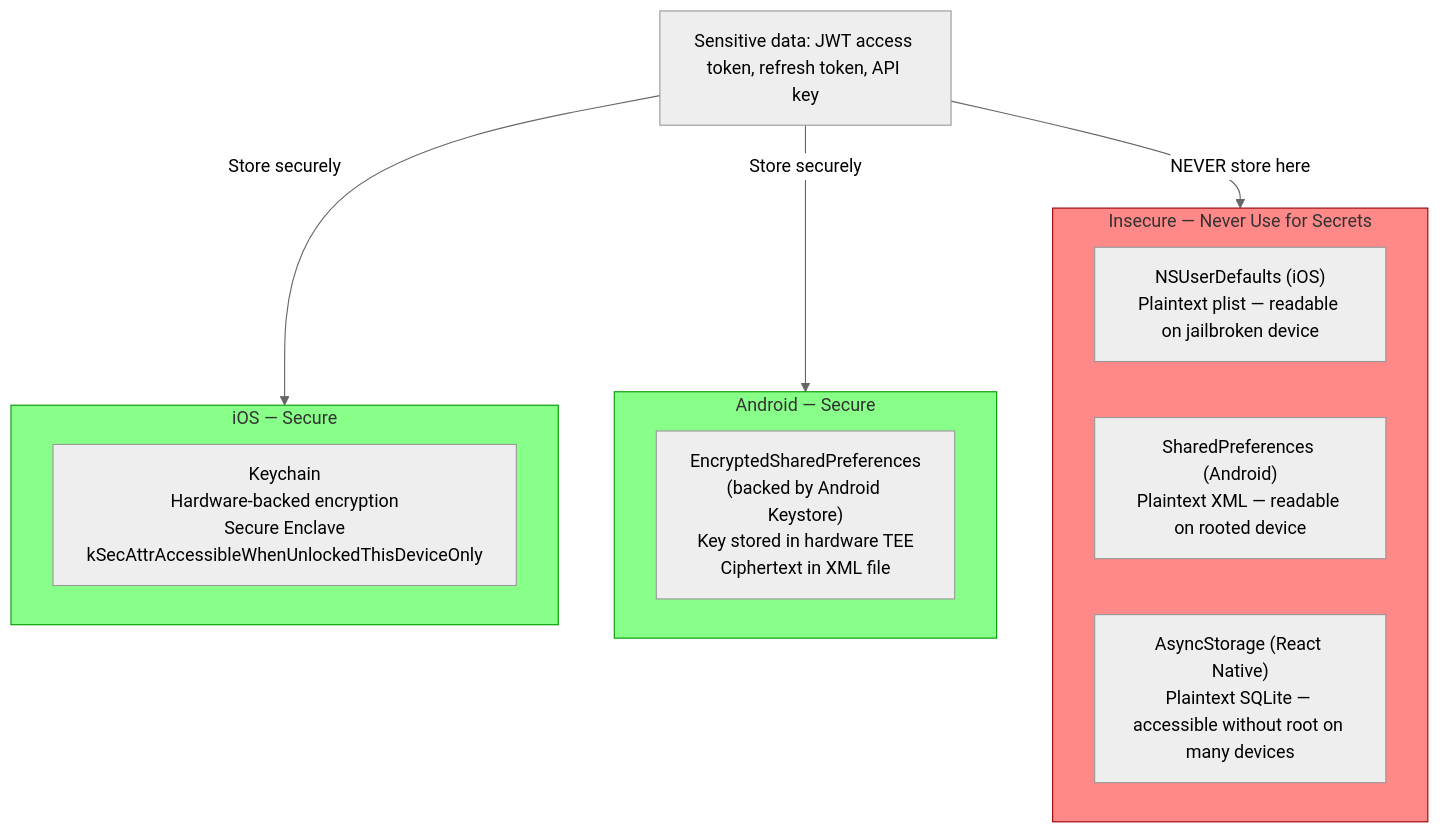
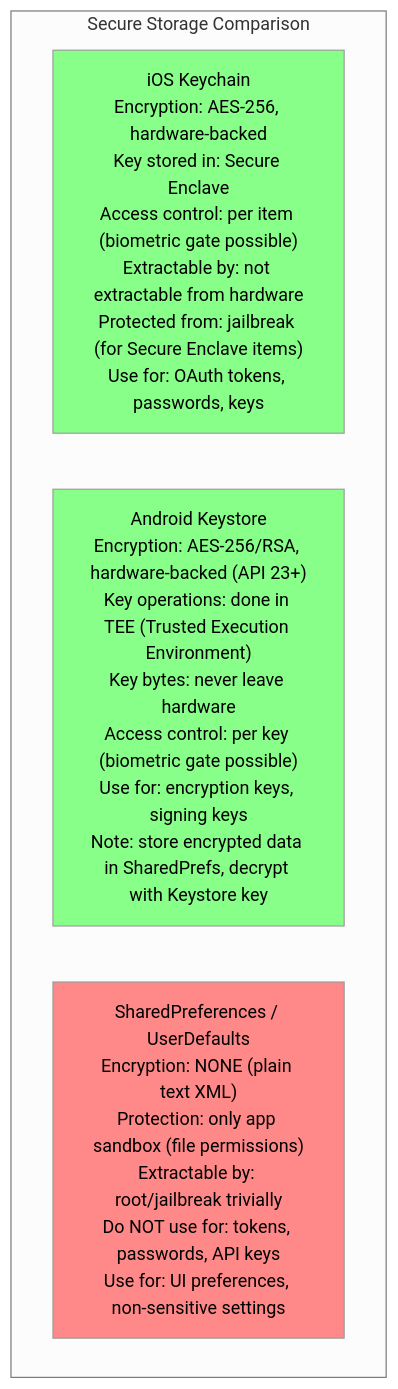
The eighth of 12 diagrams in docs-site/content/12-interview-prep/question-bank/mobile-architecture/mobile-app-architecture.md (gauravprwl14/system-design-course), drawn with Mermaid (neutral theme) before and after one commit. The commit also changed other lines of this file and 194 other files, not shown here.

First line of the commit message:
feat(graph): rebuild linked_from arrays and regenerate KNOWLEDGE-GRAPH.md

````diff
--- a/docs-site/content/12-interview-prep/question-bank/mobile-architecture/mobile-app-architecture.md
+++ b/docs-site/content/12-interview-prep/question-bank/mobile-architecture/mobile-app-architecture.md
@@ -270,25 +288,14 @@
 ```mermaid
 graph TD
-  Secret["Sensitive data: JWT access token, refresh token, API key"]
+  subgraph StorageComparison["Secure Storage Comparison"]
+    Keychain["iOS Keychain\nEncryption: AES-256, hardware-backed\nKey stored in: Secure Enclave\nAccess control: per item (biometric gate possible)\nExtractable by: not extractable from hardware\nProtected from: jailbreak (for Secure Enclave items)\nUse for: OAuth tokens, passwords, keys"]
 
-  subgraph iOS_OK["iOS — Secure"]
-    KC["Keychain\nHardware-backed encryption\nSecure Enclave\nkSecAttrAccessibleWhenUnlockedThisDeviceOnly"]
+    Keystore["Android Keystore\nEncryption: AES-256/RSA, hardware-backed (API 23+)\nKey operations: done in TEE (Trusted Execution Environment)\nKey bytes: never leave hardware\nAccess control: per key (biometric gate possible)\nUse for: encryption keys, signing keys\nNote: store encrypted data in SharedPrefs, decrypt with Keystore key"]
+
+    SharedPrefs["SharedPreferences / UserDefaults\nEncryption: NONE (plain text XML)\nProtection: only app sandbox (file permissions)\nExtractable by: root/jailbreak trivially\nDo NOT use for: tokens, passwords, API keys\nUse for: UI preferences, non-sensitive settings"]
   end
 
-  subgraph Android_OK["Android — Secure"]
-    ESP["EncryptedSharedPreferences\n(backed by Android Keystore)\nKey stored in hardware TEE\nCiphertext in XML file"]
-  end
-
-  subgraph Bad["Insecure — Never Use for Secrets"]
-    NSU["NSUserDefaults (iOS)\nPlaintext plist — readable on jailbroken device"]
-    SP["SharedPreferences (Android)\nPlaintext XML — readable on rooted device"]
-    AS["AsyncStorage (React Native)\nPlaintext SQLite — accessible without root on many devices"]
-  end
-
-  Secret -->|"Store securely"| iOS_OK & Android_OK
-  Secret -->|"NEVER store here"| Bad
-
-  style Bad fill:#f88,stroke:#900
-  style iOS_OK fill:#8f8,stroke:#090
-  style Android_OK fill:#8f8,stroke:#090
+  style Keychain fill:#8f8
+  style Keystore fill:#8f8
+  style SharedPrefs fill:#f88
 ```
````
